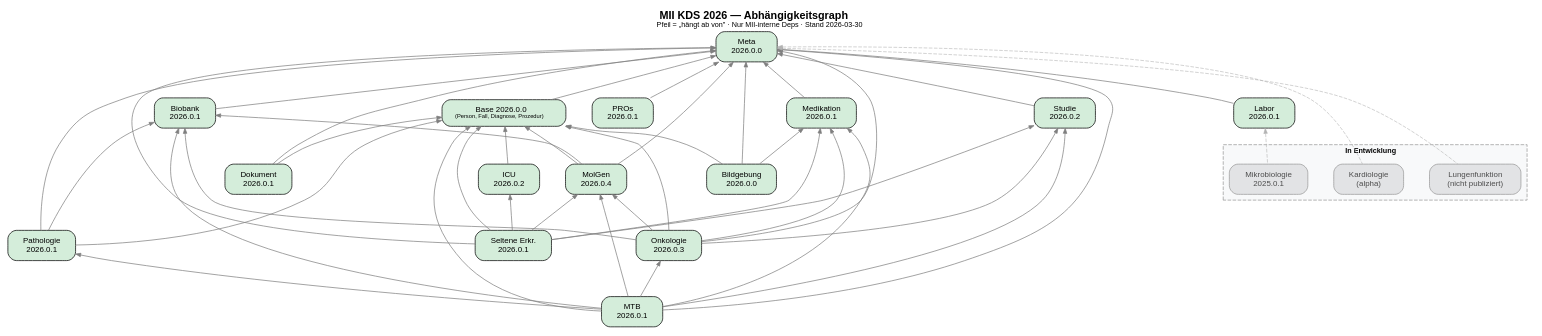
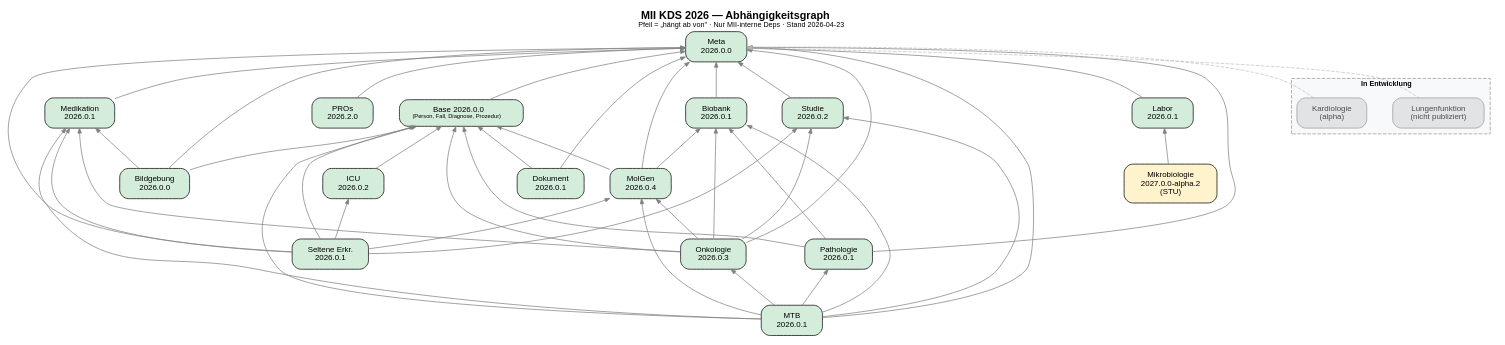
One commit to medizininformatik-initiative/kerndatensatz-complete changed the diagram in dep-graph-2026.dot. Above: the diagram before and after it, drawn with Graphviz. The commit also changed 11 other files, not shown here.

First line of the commit message:
Update Mikrobiologie to 2027.0.0-alpha.2, release as v2026.1.0

```diff
--- a/dep-graph-2026.dot
+++ b/dep-graph-2026.dot
@@ -1,106 +1,118 @@
+// MII KDS 2026 — Abhängigkeitsgraph
+//
+// Quelle:     dep-graph-2026.dot
+// Generiert:  dot -Tpng dep-graph-2026.dot -o input/images/dep-graph-2026.png
+//             dot -Tsvg dep-graph-2026.dot -o input/images/dep-graph-2026.svg
+//
+// Farben:
+//   #d4edda  grün    = finale Version (normative / STU-abgeschlossen)
+//   #fff3cd  gelb    = STU / Trial Use / Alpha
+//   #e2e3e5  grau    = in Entwicklung / nicht publiziert
+
 digraph MII_KDS_2026 {
     rankdir=TB;
     bgcolor="white";
     fontname="Helvetica";
     node [shape=box, style="rounded,filled", fontname="Helvetica", fontsize=11, margin="0.25,0.12"];
     edge [color="gray50", arrowsize=0.7, penwidth=1.0, dir=back];
     nodesep=0.5;
     ranksep=0.7;
 
     labelloc="t";
-    label=<<B>MII KDS 2026 — Abhängigkeitsgraph</B><BR/><FONT POINT-SIZE="10">Pfeil = „hängt ab von" · Nur MII-interne Deps · Stand 2026-03-30</FONT>>;
+    label=<<B>MII KDS 2026 — Abhängigkeitsgraph</B><BR/><FONT POINT-SIZE="10">Pfeil = „hängt ab von" · Nur MII-interne Deps · Stand 2026-04-23</FONT>>;
     fontsize=15;
 
-    // ════════════ Foundation ════════════
+    // ════════════ Layer 0: Foundation ════════════
     meta [label="Meta\n2026.0.0", fillcolor="#d4edda"];
 
-    // ════════════ Depend on meta only ════════════
-    base [label=<Base 2026.0.0<BR/><FONT POINT-SIZE="8">(Person, Fall, Diagnose, Prozedur)</FONT>>, fillcolor="#d4edda"];
-    labor [label="Labor\n2026.0.1", fillcolor="#d4edda"];
-    medikation [label="Medikation\n2026.0.1", fillcolor="#d4edda"];
-    biobank [label="Biobank\n2026.0.1", fillcolor="#d4edda"];
-    studie [label="Studie\n2026.0.2", fillcolor="#d4edda"];
-    pros [label="PROs\n2026.0.1", fillcolor="#d4edda"];
+    // ════════════ Layer 1: Basismodule (abhängig von meta) ════════════
+    base       [label=<Base 2026.0.0<BR/><FONT POINT-SIZE="8">(Person, Fall, Diagnose, Prozedur)</FONT>>, fillcolor="#d4edda"];
+    labor      [label="Labor\n2026.0.1",      fillcolor="#d4edda"];
+    medikation [label="Medikation\n2026.0.1",  fillcolor="#d4edda"];
+    biobank    [label="Biobank\n2026.0.1",     fillcolor="#d4edda"];
+    studie     [label="Studie\n2026.0.2",      fillcolor="#d4edda"];
+    pros       [label="PROs\n2026.2.0",        fillcolor="#d4edda"];
 
     meta -> base;
     meta -> labor;
     meta -> medikation;
     meta -> biobank;
     meta -> studie;
     meta -> pros;
 
-    // ════════════ Level 2 ════════════
-    icu [label="ICU\n2026.0.2", fillcolor="#d4edda"];
+    // ════════════ Layer 2: Erweiterungsmodule ════════════
+    icu        [label="ICU\n2026.0.2",         fillcolor="#d4edda"];
     base -> icu;
 
-    molgen [label="MolGen\n2026.0.4", fillcolor="#d4edda"];
+    molgen     [label="MolGen\n2026.0.4",      fillcolor="#d4edda"];
     meta -> molgen;
     base -> molgen;
     biobank -> molgen;
 
-    bildgebung [label="Bildgebung\n2026.0.0", fillcolor="#d4edda"];
+    bildgebung [label="Bildgebung\n2026.0.0",  fillcolor="#d4edda"];
     meta -> bildgebung;
     base -> bildgebung;
     medikation -> bildgebung;
 
-    dokument [label="Dokument\n2026.0.1", fillcolor="#d4edda"];
+    dokument   [label="Dokument\n2026.0.1",    fillcolor="#d4edda"];
     meta -> dokument;
     base -> dokument;
 
-    // ════════════ Level 3 ════════════
-    onko [label="Onkologie\n2026.0.3", fillcolor="#d4edda"];
+    mikrobio   [label="Mikrobiologie\n2027.0.0-alpha.2\n(STU)", fillcolor="#fff3cd"];
+    labor -> mikrobio;
+
+    // ════════════ Layer 3: Komplexe Module ════════════
+    onko       [label="Onkologie\n2026.0.3",   fillcolor="#d4edda"];
     meta -> onko;
     base -> onko;
     biobank -> onko;
     medikation -> onko;
     molgen -> onko;
     studie -> onko;
 
-    patho [label="Pathologie\n2026.0.1", fillcolor="#d4edda"];
+    patho      [label="Pathologie\n2026.0.1",  fillcolor="#d4edda"];
     meta -> patho;
     base -> patho;
     biobank -> patho;
 
-    // ════════════ Level 4 ════════════
-    seltene [label="Seltene Erkr.\n2026.0.1", fillcolor="#d4edda"];
+    // ════════════ Layer 4 ════════════
+    seltene    [label="Seltene Erkr.\n2026.0.1", fillcolor="#d4edda"];
     meta -> seltene;
     base -> seltene;
     molgen -> seltene;
     medikation -> seltene;
     icu -> seltene;
     studie -> seltene;
 
-    // ════════════ Level 5 ════════════
-    mtb [label="MTB\n2026.0.1", fillcolor="#d4edda"];
+    // ════════════ Layer 5 ════════════
+    mtb        [label="MTB\n2026.0.1",         fillcolor="#d4edda"];
     meta -> mtb;
     base -> mtb;
     biobank -> mtb;
     medikation -> mtb;
     molgen -> mtb;
     onko -> mtb;
     patho -> mtb;
     studie -> mtb;
 
-    // ════════════ Non-final ════════════
+    // ════════════ In Entwicklung ════════════
     subgraph cluster_nonfinal {
         label=<<B>In Entwicklung</B>>;
         style="dashed"; color="gray60"; bgcolor="#f8f9fa";
         fontname="Helvetica"; fontsize=10;
 
-        mikrobio [label="Mikrobiologie\n2025.0.1", fillcolor="#e2e3e5", color="gray60", fontcolor="gray30"];
-        kardiologie [label="Kardiologie\n(alpha)", fillcolor="#e2e3e5", color="gray60", fontcolor="gray30"];
+        kardiologie    [label="Kardiologie\n(alpha)",             fillcolor="#e2e3e5", color="gray60", fontcolor="gray30"];
         lungenfunktion [label="Lungenfunktion\n(nicht publiziert)", fillcolor="#e2e3e5", color="gray60", fontcolor="gray30"];
     }
 
-    labor -> mikrobio [color="gray70", style=dashed, penwidth=0.8];
-    meta -> kardiologie [color="gray70", style=dashed, penwidth=0.8];
+    meta -> kardiologie    [color="gray70", style=dashed, penwidth=0.8];
     meta -> lungenfunktion [color="gray70", style=dashed, penwidth=0.8];
 
     // ════════════ Ranking ════════════
-    {rank=min; meta}
+    {rank=min;  meta}
     {rank=same; base; labor; medikation; biobank; studie; pros}
-    {rank=same; icu; molgen; bildgebung; dokument}
+    {rank=same; icu; molgen; bildgebung; dokument; mikrobio}
     {rank=same; onko; patho}
     {rank=same; seltene}
-    {rank=max; mtb}
+    {rank=max;  mtb}
 }
```
